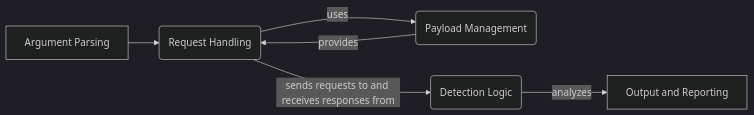
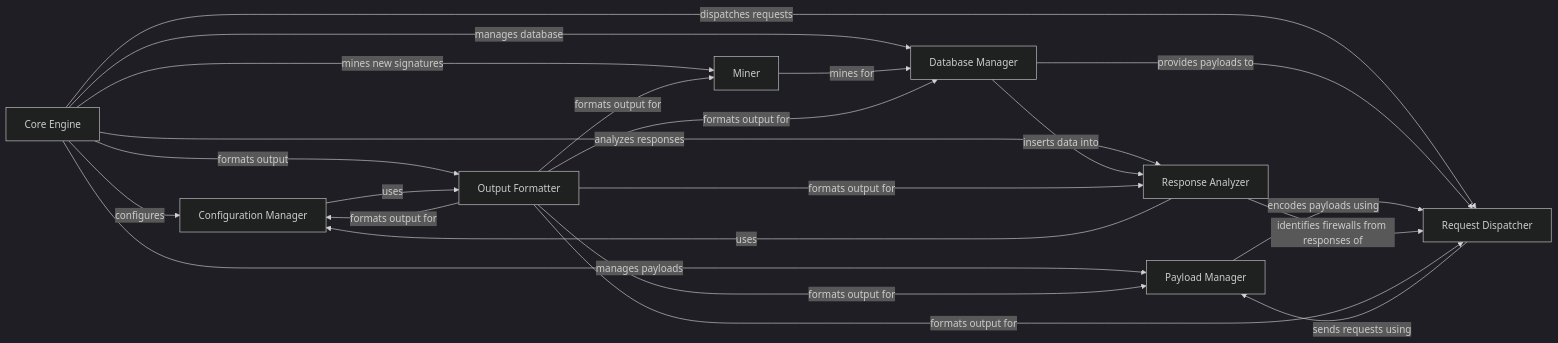
The diagram in WhatWaf/on_boarding.md (CodeBoarding/GeneratedOnBoardings), drawn with Mermaid (dark theme) before and after one commit. The commit also changed other lines of this file and 13 other files, not shown here.

Commit message:
Uploading onboarding materials for WhatWaf

````diff
--- a/WhatWaf/on_boarding.md
+++ b/WhatWaf/on_boarding.md
@@ -5,14 +1,40 @@
 ```mermaid
 graph LR
-    A["Argument Parsing"] --> B("Request Handling")
-    B -- uses --> C("Payload Management")
-    C -- provides --> B
-    B -- sends requests to and receives responses from --> D("Detection Logic")
-    D -- analyzes --> E["Output and Reporting"]
-
-click A href "https://github.com/CodeBoarding/GeneratedOnBoardings/blob/main/WhatWaf//Argument Parsing.md"
-click B href "https://github.com/CodeBoarding/GeneratedOnBoardings/blob/main/WhatWaf//Request Handling.md"
-click C href "https://github.com/CodeBoarding/GeneratedOnBoardings/blob/main/WhatWaf//Payload Management.md"
-click D href "https://github.com/CodeBoarding/GeneratedOnBoardings/blob/main/WhatWaf//Detection Logic.md"
-click E href "https://github.com/CodeBoarding/GeneratedOnBoardings/blob/main/WhatWaf//Output and Reporting.md"
+    Core_Engine["Core Engine"]
+    Configuration_Manager["Configuration Manager"]
+    Payload_Manager["Payload Manager"]
+    Request_Dispatcher["Request Dispatcher"]
+    Response_Analyzer["Response Analyzer"]
+    Database_Manager["Database Manager"]
+    Miner["Miner"]
+    Output_Formatter["Output Formatter"]
+    Core_Engine -- "configures" --> Configuration_Manager
+    Core_Engine -- "manages payloads" --> Payload_Manager
+    Core_Engine -- "dispatches requests" --> Request_Dispatcher
+    Core_Engine -- "analyzes responses" --> Response_Analyzer
+    Core_Engine -- "manages database" --> Database_Manager
+    Core_Engine -- "mines new signatures" --> Miner
+    Core_Engine -- "formats output" --> Output_Formatter
+    Response_Analyzer -- "uses" --> Configuration_Manager
+    Database_Manager -- "provides payloads to" --> Request_Dispatcher
+    Payload_Manager -- "encodes payloads using" --> Request_Dispatcher
+    Request_Dispatcher -- "sends requests using" --> Payload_Manager
+    Response_Analyzer -- "identifies firewalls from responses of" --> Request_Dispatcher
+    Database_Manager -- "inserts data into" --> Response_Analyzer
+    Miner -- "mines for" --> Database_Manager
+    Output_Formatter -- "formats output for" --> Configuration_Manager
+    Output_Formatter -- "formats output for" --> Payload_Manager
+    Output_Formatter -- "formats output for" --> Request_Dispatcher
+    Output_Formatter -- "formats output for" --> Response_Analyzer
+    Output_Formatter -- "formats output for" --> Database_Manager
+    Output_Formatter -- "formats output for" --> Miner
+    Configuration_Manager -- "uses" --> Output_Formatter
+    click Core_Engine href "https://github.com/CodeBoarding/GeneratedOnBoardings/blob/main/WhatWaf/Core Engine.md" "Details"
+    click Configuration_Manager href "https://github.com/CodeBoarding/GeneratedOnBoardings/blob/main/WhatWaf/Configuration Manager.md" "Details"
+    click Payload_Manager href "https://github.com/CodeBoarding/GeneratedOnBoardings/blob/main/WhatWaf/Payload Manager.md" "Details"
+    click Request_Dispatcher href "https://github.com/CodeBoarding/GeneratedOnBoardings/blob/main/WhatWaf/Request Dispatcher.md" "Details"
+    click Response_Analyzer href "https://github.com/CodeBoarding/GeneratedOnBoardings/blob/main/WhatWaf/Response Analyzer.md" "Details"
+    click Database_Manager href "https://github.com/CodeBoarding/GeneratedOnBoardings/blob/main/WhatWaf/Database Manager.md" "Details"
+    click Miner href "https://github.com/CodeBoarding/GeneratedOnBoardings/blob/main/WhatWaf/Miner.md" "Details"
+    click Output_Formatter href "https://github.com/CodeBoarding/GeneratedOnBoardings/blob/main/WhatWaf/Output Formatter.md" "Details"
 ```
````
